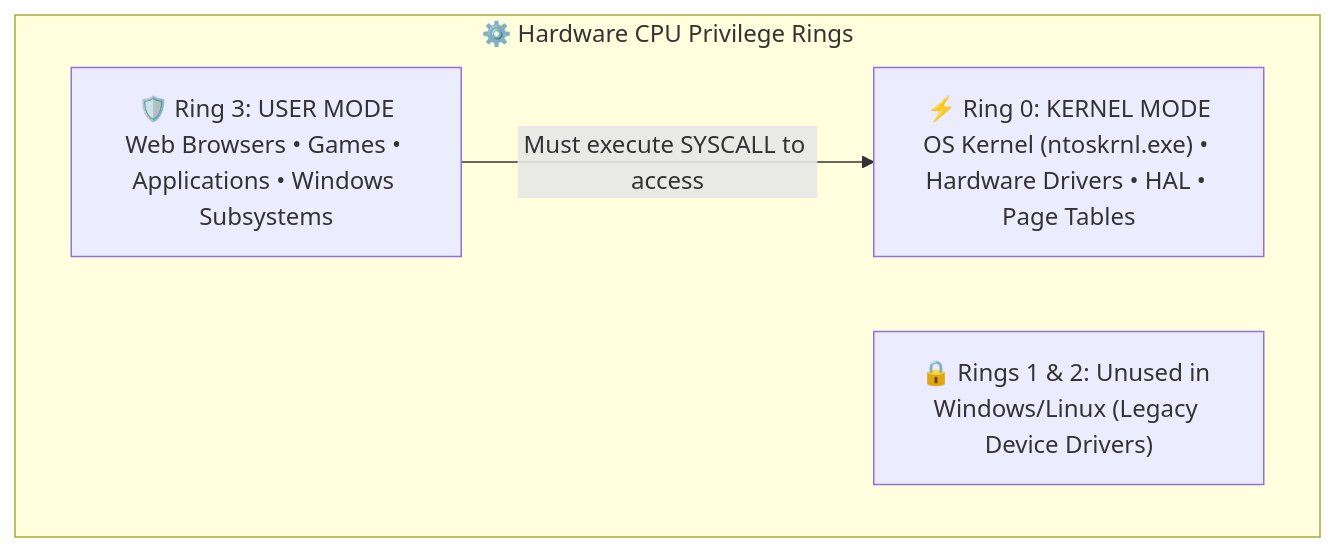
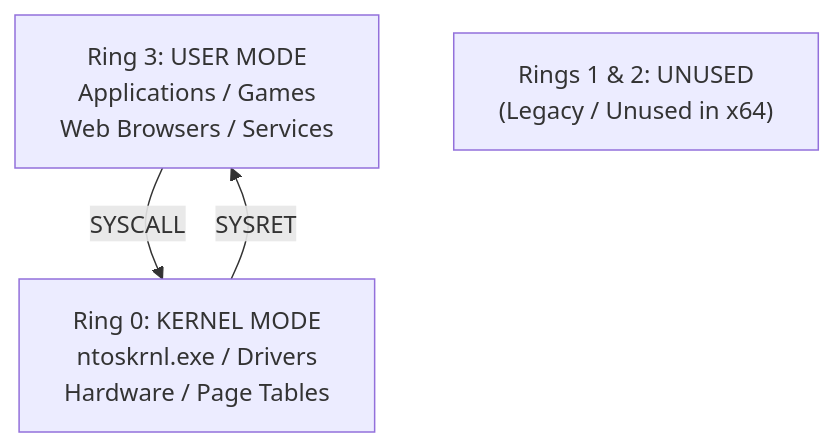
The first of 2 diagrams in topics/14-operating-system-architecture-rings-and-syscalls/README.md (DaddyZyn/Cyber-security-notes), drawn with Mermaid before and after one commit. The commit also changed other lines of this file and 19 other files, not shown here.

Commit message:
fix: overhaul all Mermaid diagrams with clean vertical layouts and short line-wrapping to prevent GitHub clipping

````diff
--- a/topics/14-operating-system-architecture-rings-and-syscalls/README.md
+++ b/topics/14-operating-system-architecture-rings-and-syscalls/README.md
@@ -29,9 +29,9 @@
 ```mermaid
 flowchart TD
-    subgraph Rings["⚙️ Hardware CPU Privilege Rings"]
-        R3["🛡️ Ring 3: USER MODE<br>Web Browsers • Games • Applications • Windows Subsystems"]
-        R12["🔒 Rings 1 & 2: Unused in Windows/Linux (Legacy Device Drivers)"]
-        R0["⚡ Ring 0: KERNEL MODE<br>OS Kernel (ntoskrnl.exe) • Hardware Drivers • HAL • Page Tables"]
-        R3 -->|"Must execute SYSCALL to access"| R0
-    end
+    R3["Ring 3: USER MODE<br/>Applications / Games<br/>Web Browsers / Services"]
+    R0["Ring 0: KERNEL MODE<br/>ntoskrnl.exe / Drivers<br/>Hardware / Page Tables"]
+    R12["Rings 1 & 2: UNUSED<br/>(Legacy / Unused in x64)"]
+
+    R3 -->|"SYSCALL"| R0
+    R0 -->|"SYSRET"| R3
 ```
````
